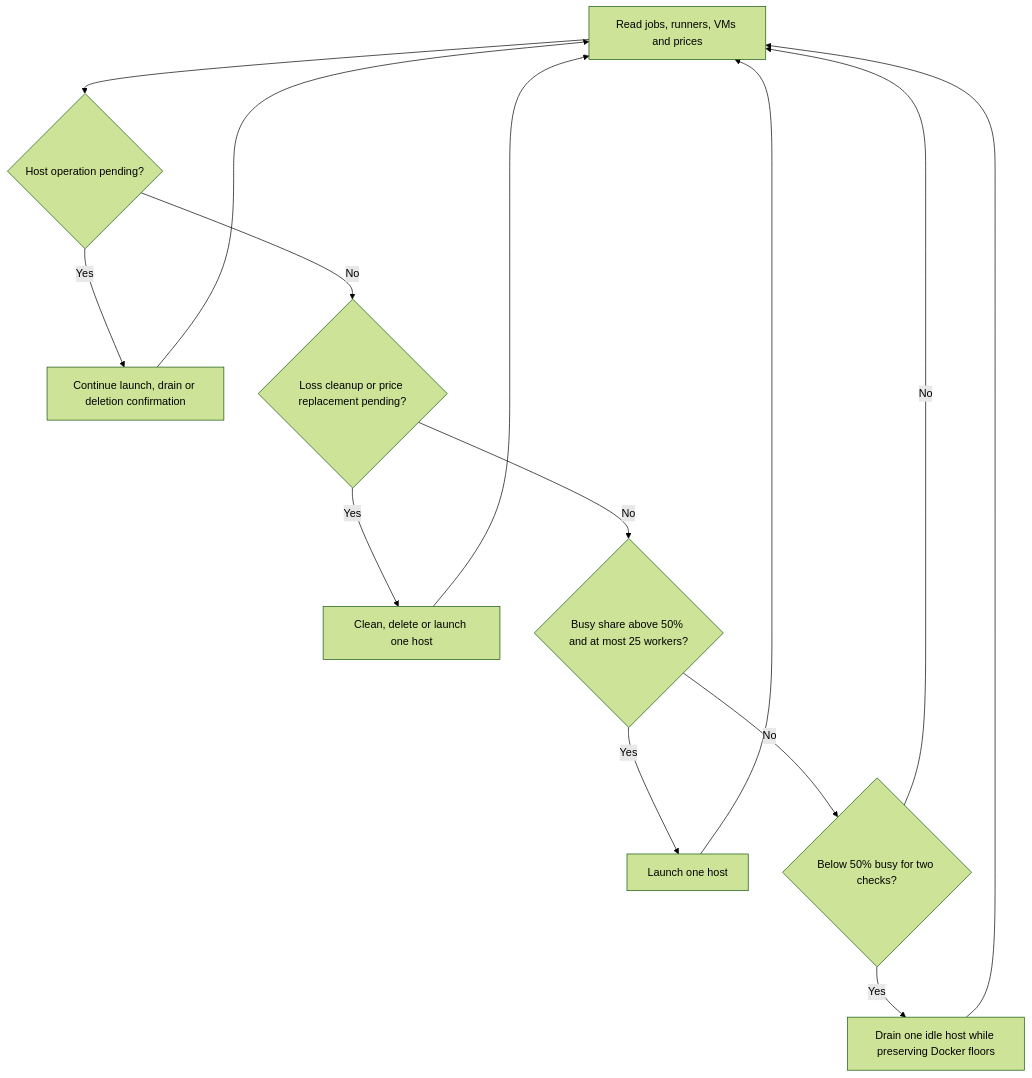
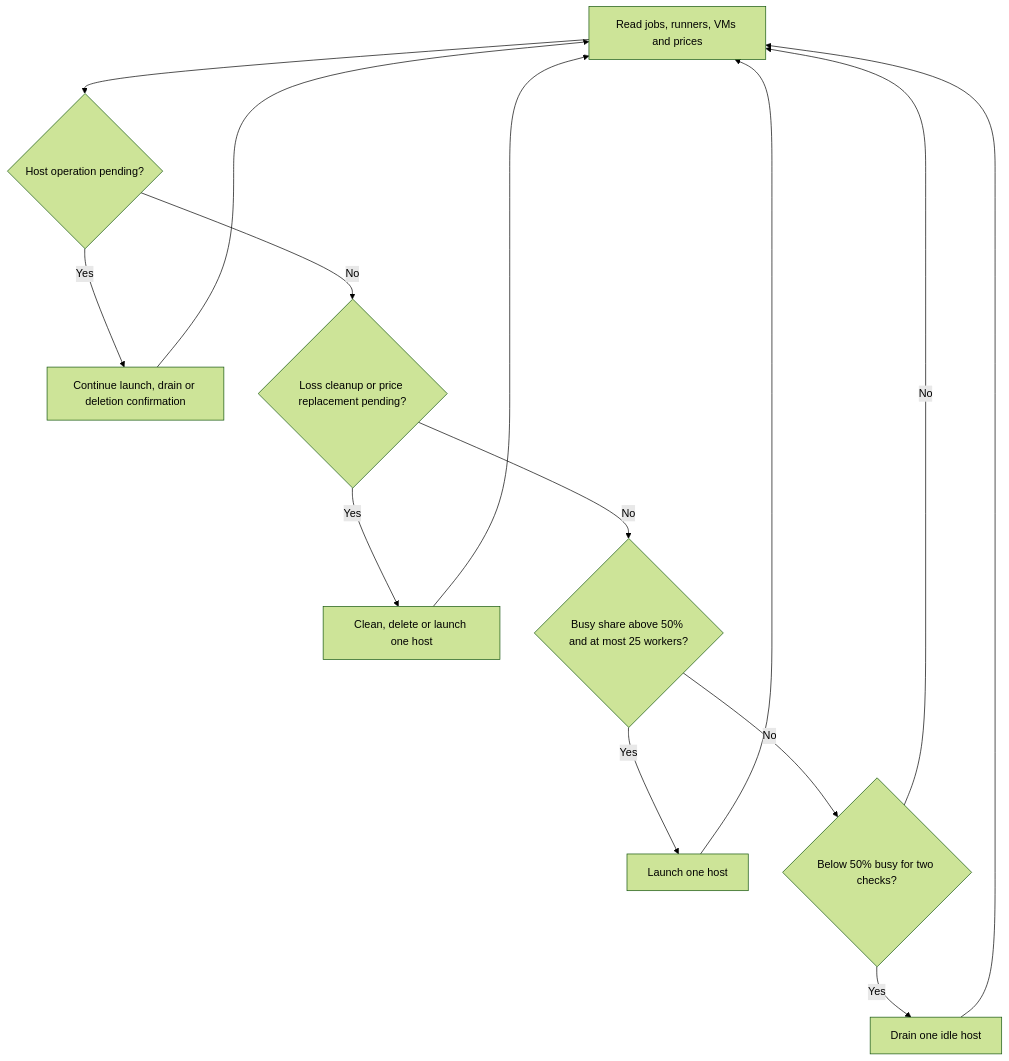
One commit to TheDancingDeveloper-org/spot-github-runners changed the diagram in README.md. Above: the diagram before and after it, drawn with Mermaid (forest theme). The commit also changed other lines of this file and 10 other files, not shown here.

````diff
--- a/README.md
+++ b/README.md
@@ -15,16 +15,16 @@
 ```mermaid
 flowchart TD
     A[Read jobs, runners, VMs and prices] --> P{Host operation pending?}
     P -- Yes --> W[Continue launch, drain or deletion confirmation]
     W --> A
     P -- No --> R{Loss cleanup or price replacement pending?}
     R -- Yes --> S[Clean, delete or launch one host]
     S --> A
     R -- No --> B{Busy share above 50% and at most 25 workers?}
     B -- Yes --> C[Launch one host]
     C --> A
     B -- No --> E{Below 50% busy for two checks?}
-    E -- Yes --> F[Drain one idle host while preserving Docker floors]
+    E -- Yes --> F[Drain one idle host]
     F --> A
     E -- No --> A
 ```
````
